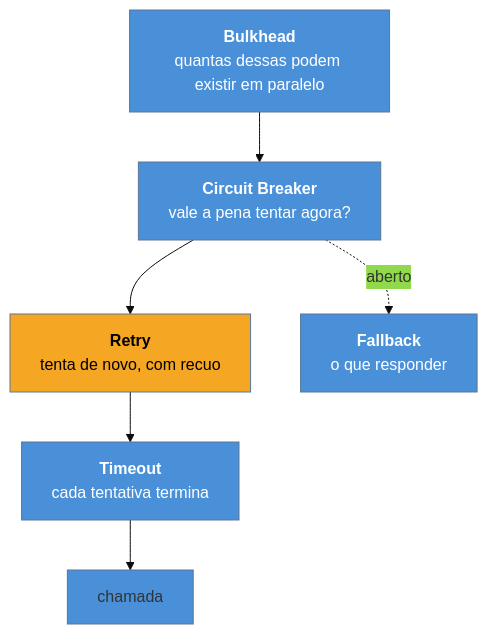
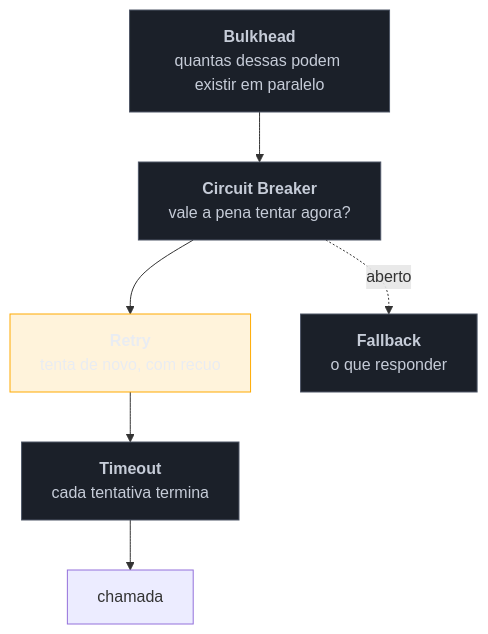
One commit to josenaldo/codex-technomanticus changed the diagram in 03-Dominios/Engenharia/Design de Software/Padrões de Projeto/Nuvem e Resiliência/14 - Escolher o padrão de resiliência (capstone).md. Above: the diagram before and after it, drawn with Mermaid. The commit also changed 1181 other files, not shown here.

First line of the commit message:
fix(diagramas): paleta do sistema no lugar de cor cravada no markdown

````diff
--- a/03-Dominios/Engenharia/Design de Software/Padrões de Projeto/Nuvem e Resiliência/14 - Escolher o padrão de resiliência (capstone).md
+++ b/03-Dominios/Engenharia/Design de Software/Padrões de Projeto/Nuvem e Resiliência/14 - Escolher o padrão de resiliência (capstone).md
@@ -76,15 +76,16 @@
 ```mermaid
-%%{init: {"theme": "base", "themeVariables": {"primaryColor": "#4A90D9"}}}%%
 graph TD
+    classDef neutro fill:#1B2029,stroke:#4E5666,color:#C6CCD8
+    classDef destaque fill:#FFAA0024,stroke:#FFAA00,color:#E9ECF2
     B["<b>Bulkhead</b><br/>quantas dessas podem existir em paralelo"] --> C["<b>Circuit Breaker</b><br/>vale a pena tentar agora?"]
     C --> R["<b>Retry</b><br/>tenta de novo, com recuo"]
     R --> T["<b>Timeout</b><br/>cada tentativa termina"]
     T --> X["chamada"]
     C -.->|"aberto"| F["<b>Fallback</b><br/>o que responder"]
 
-    style B fill:#4A90D9,color:#fff
-    style C fill:#4A90D9,color:#fff
-    style R fill:#F5A623,color:#000
-    style T fill:#4A90D9,color:#fff
-    style F fill:#4A90D9,color:#fff
+    class B neutro
+    class C neutro
+    class R destaque
+    class T neutro
+    class F neutro
 ```
````
